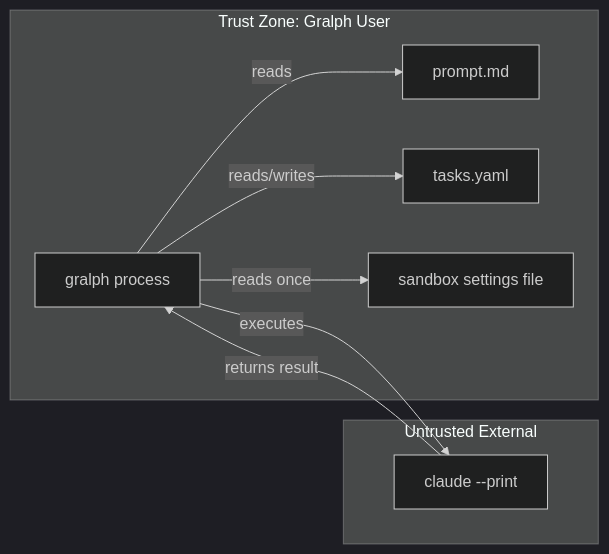
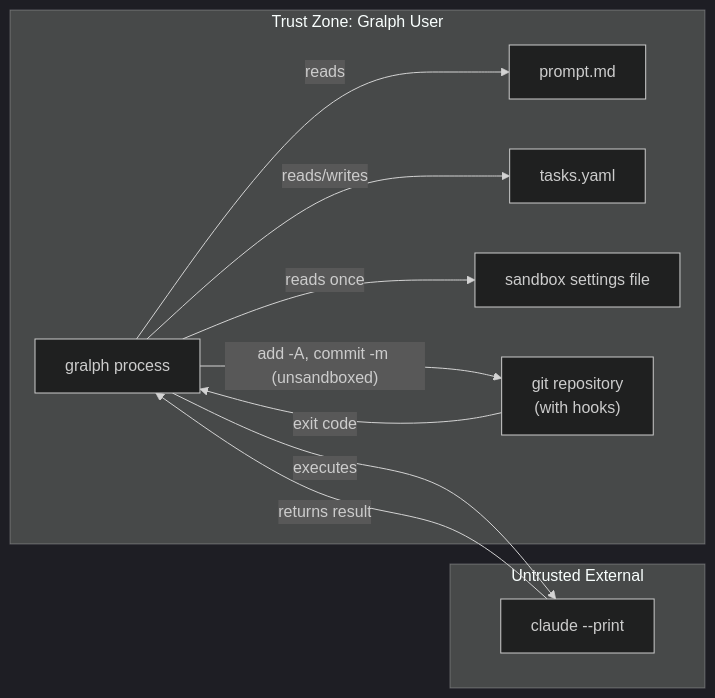
Before and after one commit to twistingmercury/gralph: the fifth of 6 diagrams in docs/architecture/03_system_architecture.md, drawn with Mermaid (dark theme). The commit also changed other lines of this file and 26 other files, not shown here.

First line of the commit message:
--commit: gralph commits each completed task after its gates pass (#21)

````diff
--- a/docs/architecture/03_system_architecture.md
+++ b/docs/architecture/03_system_architecture.md
@@ -345,17 +376,20 @@
 ```mermaid
 graph LR
     subgraph TrustZone["Trust Zone: Gralph User"]
         Gralph["gralph process"]
         PromptFile["prompt.md"]
         TaskFile["tasks.yaml"]
         SettingsFile["sandbox settings file"]
+        Git["git repository<br/>(with hooks)"]
     end
     subgraph External["Untrusted External"]
         Claude["claude --print"]
     end
     Gralph -->|reads| PromptFile
     Gralph -->|reads/writes| TaskFile
     Gralph -->|reads once| SettingsFile
     Gralph -->|executes|Claude
     Claude -->|returns result| Gralph
+    Gralph -->|"add -A, commit -m (unsandboxed)"| Git
+    Git -->|exit code| Gralph
 ```
````
